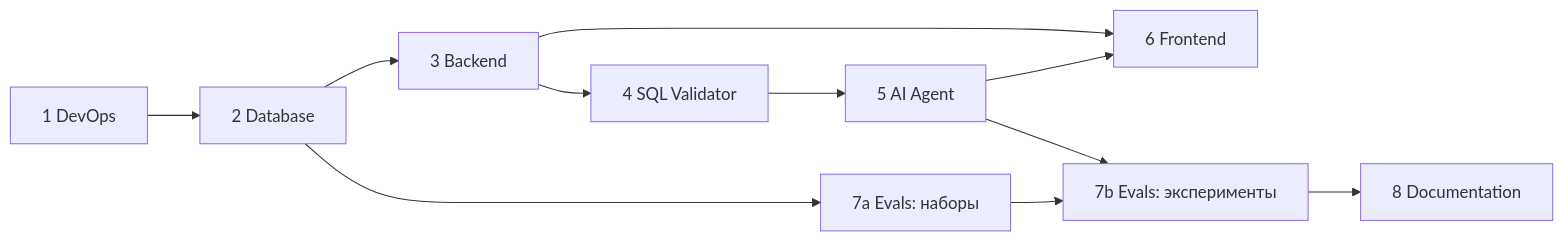
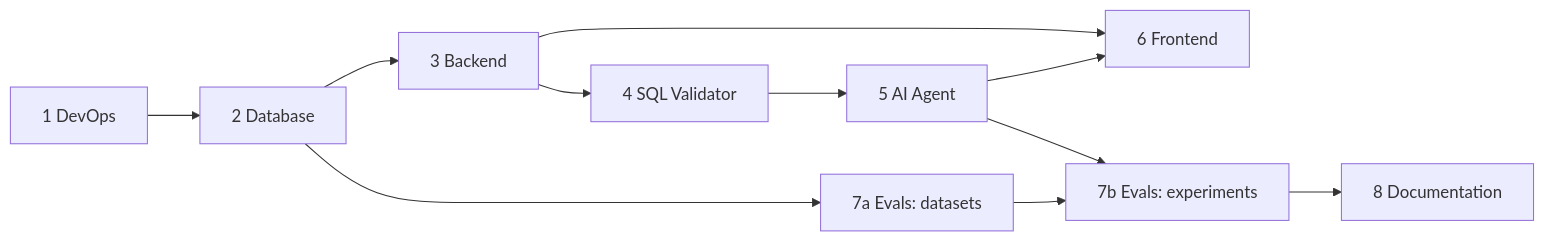
The diagram in docs/roles/README.md (Abegerov4/Suhbat2DB), drawn with Mermaid before and after one commit. The commit also changed other lines of this file and 41 other files, not shown here.

First line of the commit message:
DIP-40: Translate documentation and diagrams into English

````diff
--- a/docs/roles/README.md
+++ b/docs/roles/README.md
@@ -22,13 +22,13 @@
 ```mermaid
 flowchart LR
     D1[1 DevOps] --> D2[2 Database]
     D2 --> D3[3 Backend]
     D3 --> D4[4 SQL Validator]
     D4 --> D5[5 AI Agent]
     D3 --> D6[6 Frontend]
     D5 --> D6
-    D2 --> D7a[7a Evals: наборы]
-    D5 --> D7b[7b Evals: эксперименты]
+    D2 --> D7a[7a Evals: datasets]
+    D5 --> D7b[7b Evals: experiments]
     D7a --> D7b
     D7b --> D8[8 Documentation]
 ```
````
